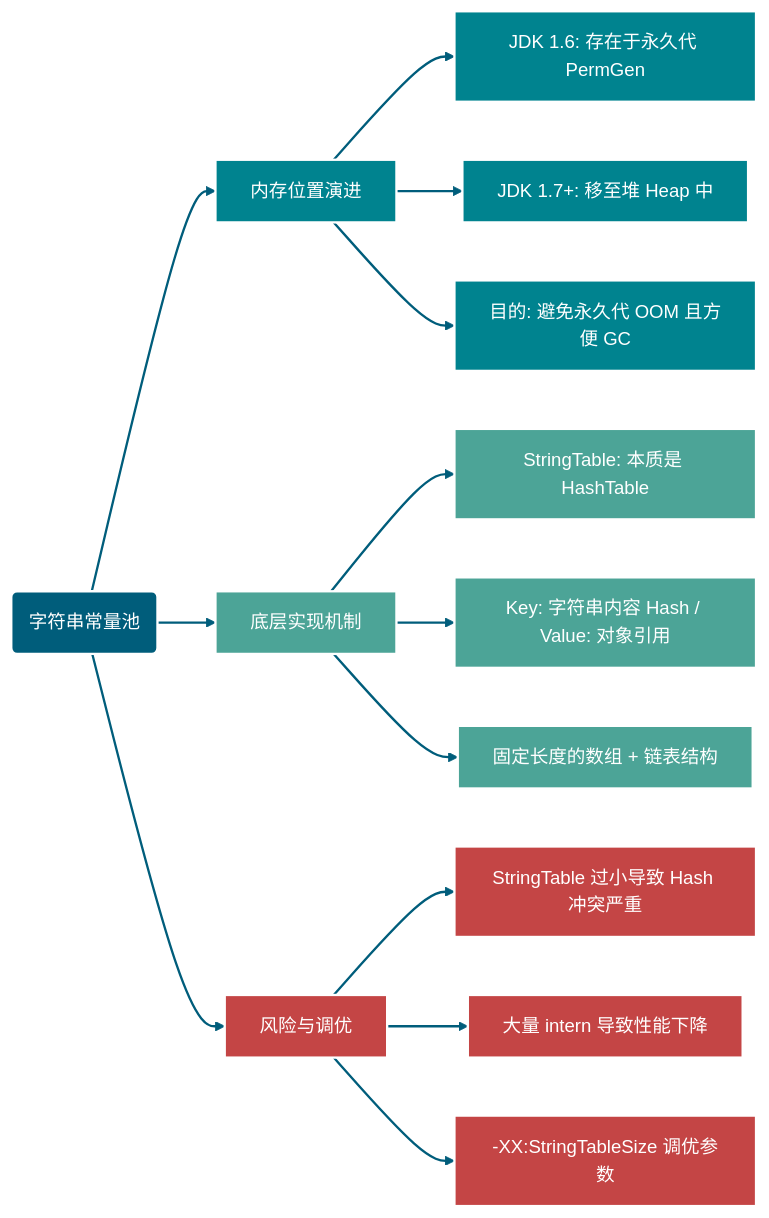
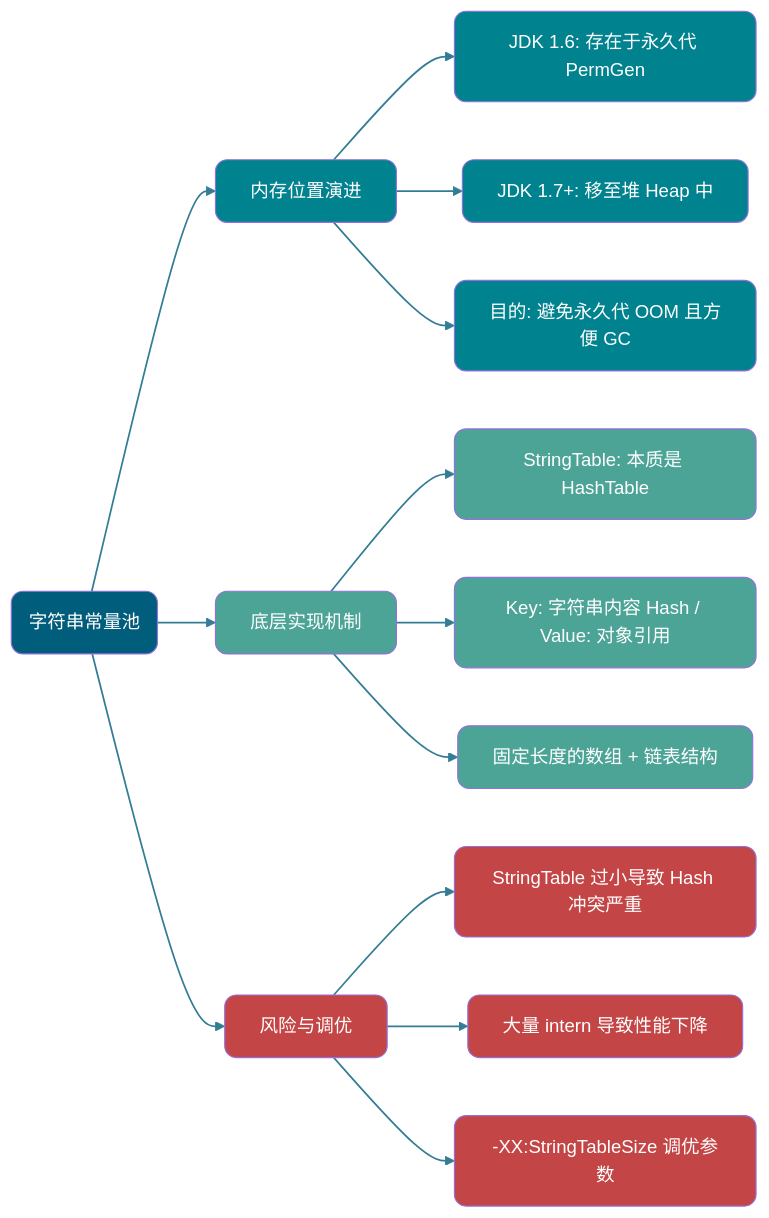
Before and after one commit to Snailclimb/JavaGuide: the seventh of 9 diagrams in docs/java/jvm/memory-area.md, drawn with Mermaid. The commit also changed other lines of this file and 7 other files, not shown here.

Commit message:
docs：mermaid 配图样式优化

````diff
--- a/docs/java/jvm/memory-area.md
+++ b/docs/java/jvm/memory-area.md
@@ -473,33 +471,33 @@
 ```mermaid
 graph LR
     %% 颜色定义
-    classDef main fill:#005D7B,stroke:#fff,stroke-width:2px,color:#fff;
-    classDef compare fill:#00838F,stroke:#fff,stroke-width:2px,color:#fff;
-    classDef structure fill:#4CA497,stroke:#fff,stroke-width:2px,color:#fff;
-    classDef implement fill:#E99151,stroke:#fff,stroke-width:2px,color:#fff;
-    classDef error fill:#C44545,stroke:#fff,stroke-width:2px,color:#fff;
+    classDef main fill:#005D7B,color:#fff,rx:10,ry:10;
+    classDef compare fill:#00838F,color:#fff,rx:10,ry:10;
+    classDef structure fill:#4CA497,color:#fff,rx:10,ry:10;
+    classDef implement fill:#E99151,color:#fff,rx:10,ry:10;
+    classDef error fill:#C44545,color:#fff,rx:10,ry:10;
 
     %% 核心节点
     Root(字符串常量池):::main
 
     %% 分支1：内存位置演进
     Root --> History[内存位置演进]:::compare
     History --> Hist1[JDK 1.6: 存在于永久代 PermGen]:::compare
     History --> Hist2[JDK 1.7+: 移至堆 Heap 中]:::compare
     History --> Hist3[目的: 避免永久代 OOM 且方便 GC]:::compare
 
     %% 分支2：底层实现结构
     Root --> Impl[底层实现机制]:::structure
     Impl --> Impl1[StringTable: 本质是 HashTable]:::structure
     Impl --> Impl2[Key: 字符串内容 Hash / Value: 对象引用]:::structure
     Impl --> Impl3[固定长度的数组 + 链表结构]:::structure
 
     %% 分支3：风险与调优
     Root --> Tuning[风险与调优]:::error
     Tuning --> Risk1[StringTable 过小导致 Hash 冲突严重]:::error
     Tuning --> Risk2[大量 intern 导致性能下降]:::error
     Tuning --> Param[-XX:StringTableSize 调优参数]:::error
 
     %% 线条样式
-    linkStyle default stroke:#005D7B,stroke-width:2px;
+    linkStyle default stroke:#005D7B,stroke-width:1.5px,opacity:0.8
 ```
````
